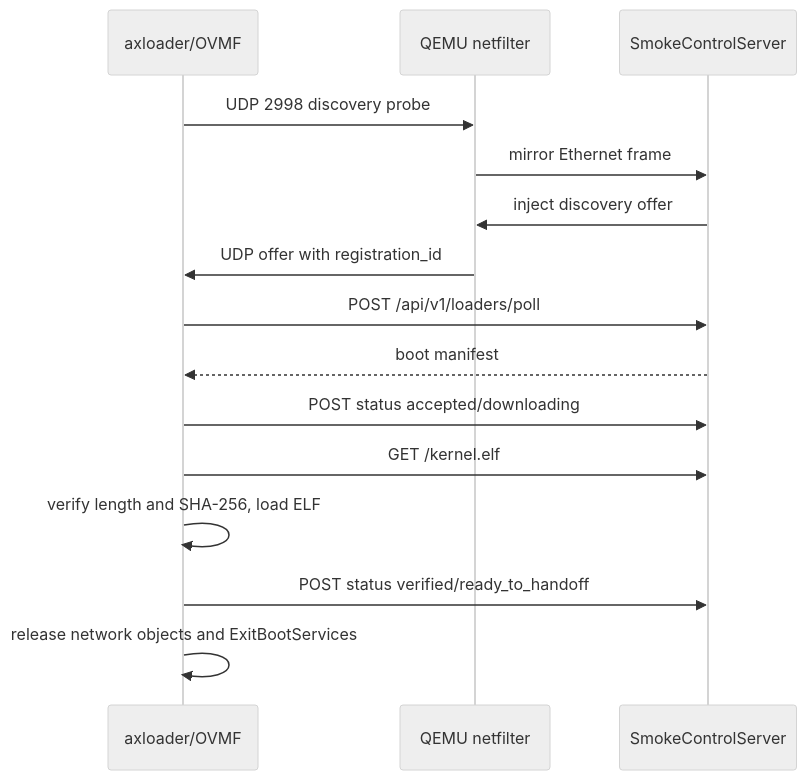
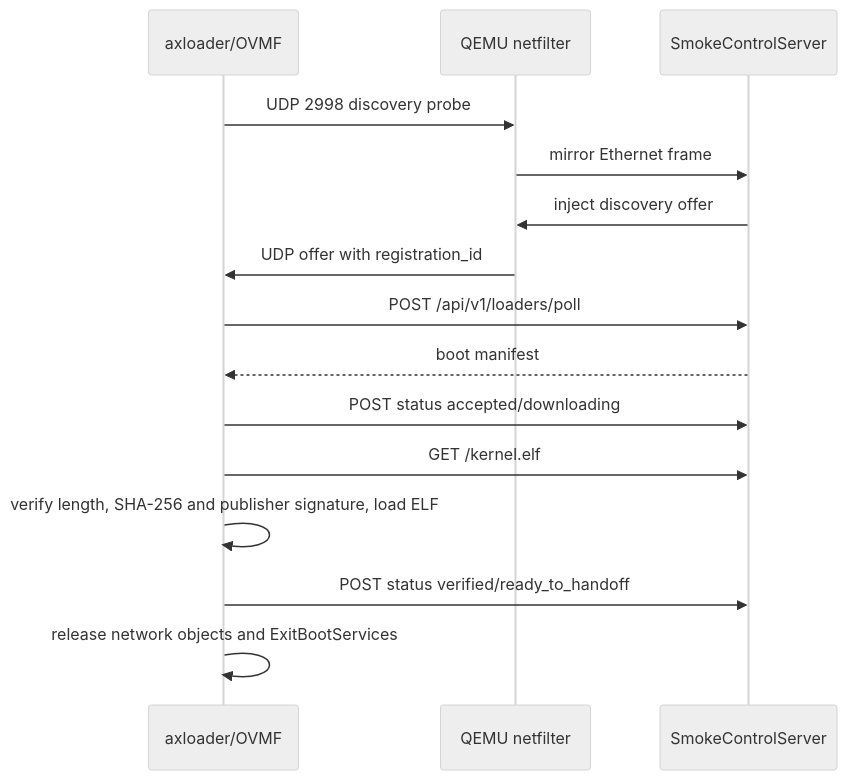
Before and after one commit to rcore-os/tgoskits: the diagram in docs/docs/build/axloader.md, drawn with Mermaid (neutral theme). The commit also changed other lines of this file and 14 other files, not shown here.

````diff
--- a/docs/docs/build/axloader.md
+++ b/docs/docs/build/axloader.md
@@ -28,18 +32,18 @@
 ```mermaid
 sequenceDiagram
     participant A as axloader/OVMF
     participant F as QEMU netfilter
     participant S as SmokeControlServer
 
     A->>F: UDP 2998 discovery probe
     F->>S: mirror Ethernet frame
     S->>F: inject discovery offer
     F->>A: UDP offer with registration_id
     A->>S: POST /api/v1/loaders/poll
     S-->>A: boot manifest
     A->>S: POST status accepted/downloading
     A->>S: GET /kernel.elf
-    A->>A: verify length and SHA-256, load ELF
+    A->>A: verify length, SHA-256 and publisher signature, load ELF
     A->>S: POST status verified/ready_to_handoff
     A->>A: release network objects and ExitBootServices
 ```
````
